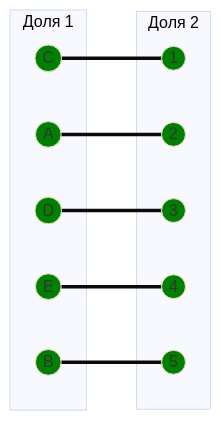
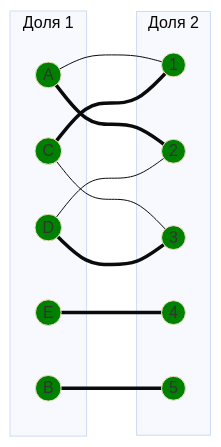
The seventh of 7 diagrams in Задание 8/crani.md (algos-ris-24-4/manual-tasks), drawn with Mermaid (base theme) before and after one commit. The commit also changed other lines of this file, not shown here.

````diff
--- a/Задание 8/crani.md
+++ b/Задание 8/crani.md
@@ -224,33 +255,36 @@
 ```mermaid
 graph LR
     subgraph "Доля 1"
         A((A))
         B((B))
         C((C))
         D((D))
         E((E))
     end
     subgraph "Доля 2"
         1((1))
         2((2))
         3((3))
         4((4))
         5((5))
     end
+    A --- 1
     A === 2
     B === 5
     C === 1
+    C --- 3
+    D --- 2
     D === 3
     E === 4
 
     style A fill:#008000
     style B fill:#008000
     style C fill:#008000
     style D fill:#008000
     style E fill:#008000
     style 1 fill:#008000
     style 2 fill:#008000
     style 3 fill:#008000
     style 4 fill:#008000
     style 5 fill:#008000
 ```
````
